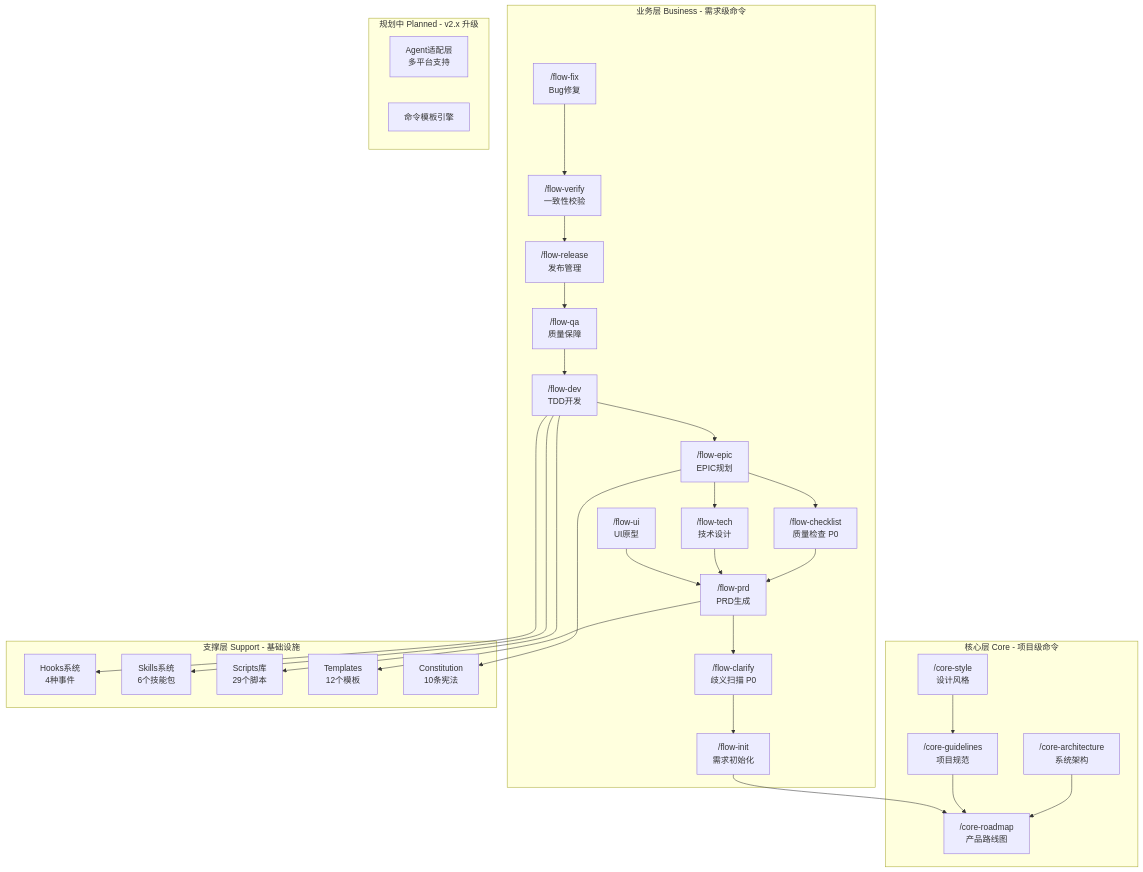
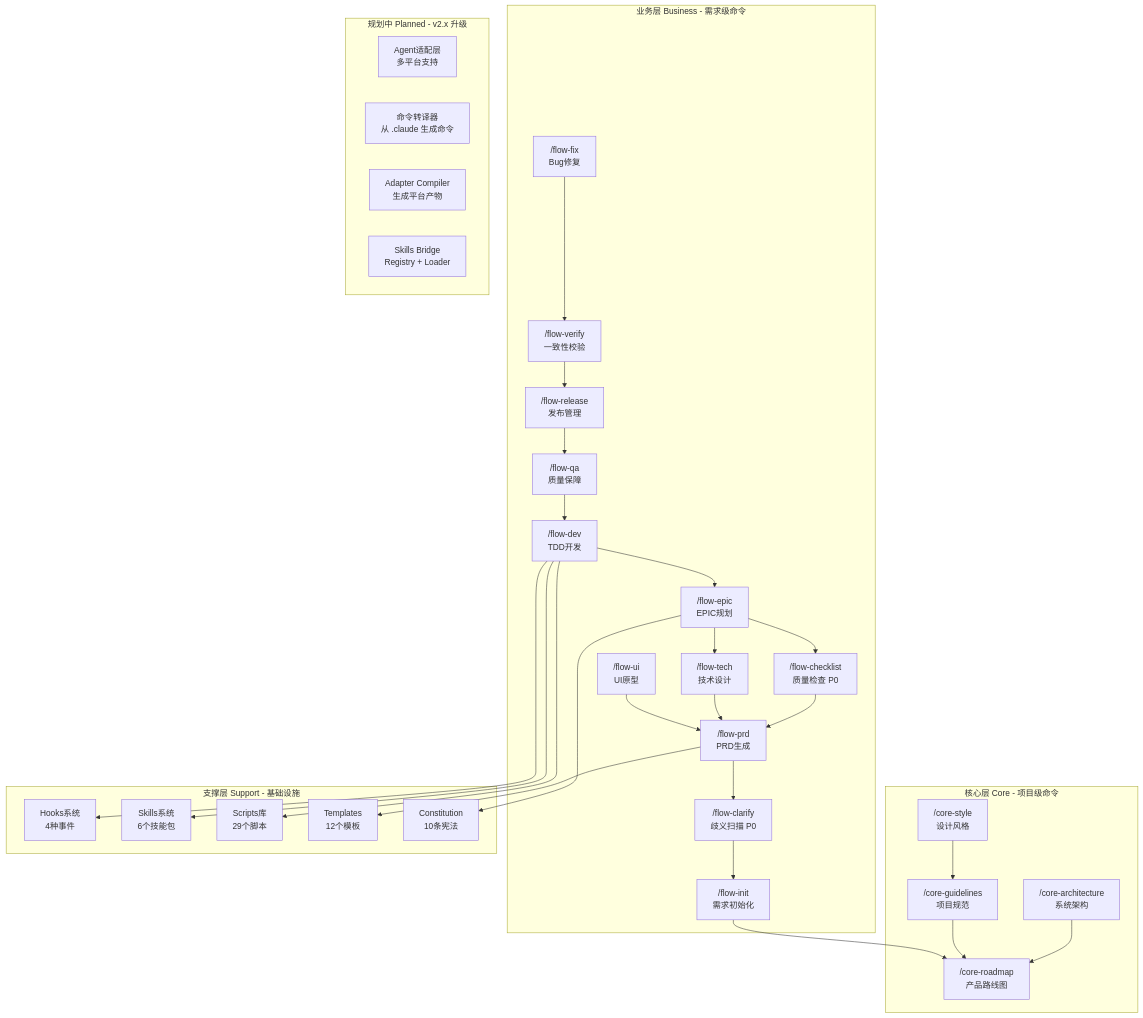
Before and after one commit to Dimon94/cc-devflow: the first of 4 diagrams in devflow/ARCHITECTURE.md, drawn with Mermaid. The commit also changed other lines of this file and 15 other files, not shown here.

````diff
--- a/devflow/ARCHITECTURE.md
+++ b/devflow/ARCHITECTURE.md
@@ -73,64 +89,66 @@
 ```mermaid
 graph TB
     subgraph "核心层 Core - 项目级命令"
         CoreRoadmap["/core-roadmap<br/>产品路线图"]
         CoreArch["/core-architecture<br/>系统架构"]
         CoreGuidelines["/core-guidelines<br/>项目规范"]
         CoreStyle["/core-style<br/>设计风格"]
     end
 
     subgraph "业务层 Business - 需求级命令"
         FlowInit["/flow-init<br/>需求初始化"]
         FlowClarify["/flow-clarify<br/>歧义扫描 P0"]
         FlowPRD["/flow-prd<br/>PRD生成"]
         FlowChecklist["/flow-checklist<br/>质量检查 P0"]
         FlowTech["/flow-tech<br/>技术设计"]
         FlowUI["/flow-ui<br/>UI原型"]
         FlowEpic["/flow-epic<br/>EPIC规划"]
         FlowDev["/flow-dev<br/>TDD开发"]
         FlowQA["/flow-qa<br/>质量保障"]
         FlowRelease["/flow-release<br/>发布管理"]
         FlowVerify["/flow-verify<br/>一致性校验"]
         FlowFix["/flow-fix<br/>Bug修复"]
     end
 
     subgraph "支撑层 Support - 基础设施"
         Hooks[Hooks系统<br/>4种事件]
         Skills[Skills系统<br/>6个技能包]
         Scripts[Scripts库<br/>29个脚本]
         Templates[Templates<br/>12个模板]
         Constitution[Constitution<br/>10条宪法]
     end
 
     subgraph "规划中 Planned - v2.x 升级"
         AgentAdapter[Agent适配层<br/>多平台支持]
-        CommandEngine[命令模板引擎]
+        CommandEmitter[命令转译器<br/>从 .claude 生成命令]
+        AdapterCompiler[Adapter Compiler<br/>生成平台产物]
+        SkillsBridge[Skills Bridge<br/>Registry + Loader]
     end
 
     %% 核心层依赖
     CoreArch --> CoreRoadmap
     CoreGuidelines --> CoreRoadmap
     CoreStyle --> CoreGuidelines
 
     %% 业务层流程
     FlowInit --> CoreRoadmap
     FlowClarify --> FlowInit
     FlowPRD --> FlowClarify
     FlowChecklist --> FlowPRD
     FlowTech --> FlowPRD
     FlowUI --> FlowPRD
     FlowEpic --> FlowChecklist
     FlowEpic --> FlowTech
     FlowDev --> FlowEpic
     FlowQA --> FlowDev
     FlowRelease --> FlowQA
     FlowVerify --> FlowRelease
     FlowFix --> FlowVerify
 
     %% 支撑层关系
     FlowDev --> Hooks
     FlowDev --> Skills
     FlowDev --> Scripts
     FlowPRD --> Templates
     FlowEpic --> Constitution
 ```
````
